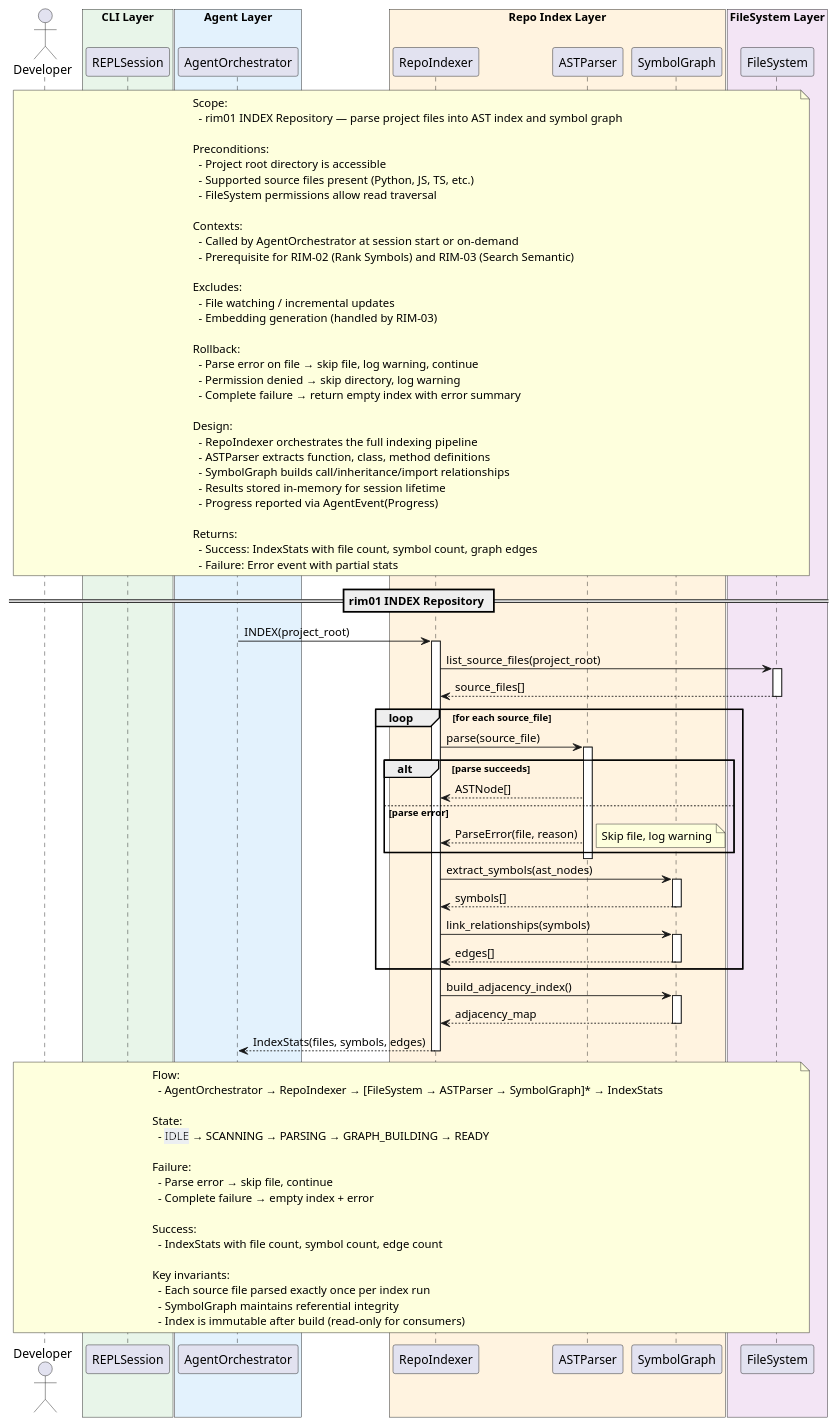
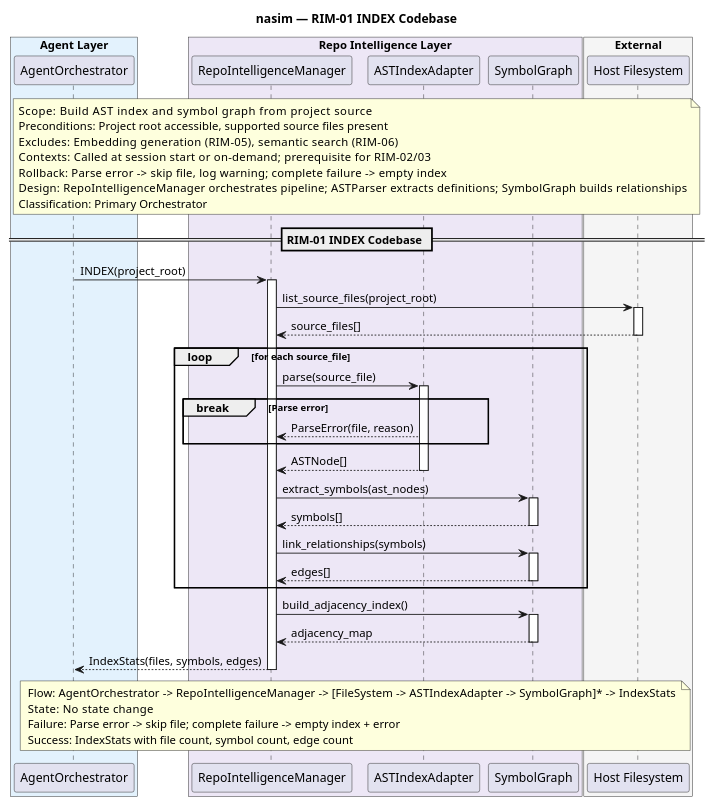
The diagram in docs/SQ/RIM/sq_rim01_index_codebase.puml (salimnamvar/nasim), drawn with PlantUML before and after one commit. The commit also changed 153 other files, not shown here.

```diff
--- a/docs/SQ/RIM/sq_rim01_index_codebase.puml
+++ b/docs/SQ/RIM/sq_rim01_index_codebase.puml
@@ -1,123 +1,83 @@
 @startuml sq_rim01_index_codebase
 ' ============================================================
-' Title:     RIM-01 — Index Codebase
-' Boundary:  nasim code agent CLI
+' Title:     RIM-01 — INDEX Codebase
+' Boundary:  nasim code agent
 ' Purpose:   Build AST index and symbol graph from project source
 ' Milestone: v1.0
-' Version:   1.0.0
-' Source:    docs/audit/audit.2026.06.20.deep.domain.audit.md
-' Review:    —
+' Version:   2.0.0
+' Source:    docs/UC/README.md
+' Review:    docs/SQ/README.md
 ' ============================================================
 
-actor "Developer" as user
+title nasim — RIM-01 INDEX Codebase
 
-box "CLI Layer" #E8F5E9
-  participant "REPLSession" as repl
-end box
 box "Agent Layer" #E3F2FD
   participant "AgentOrchestrator" as agent
 end box
-box "Repo Index Layer" #FFF3E0
-  participant "RepoIndexer" as indexer
-  participant "ASTParser" as ast
+box "Repo Intelligence Layer" #EDE7F6
+  participant "RepoIntelligenceManager" as rim
+  participant "ASTIndexAdapter" as ast
   participant "SymbolGraph" as graph
 end box
-box "FileSystem Layer" #F3E5F5
-  participant "FileSystem" as fs
+box "External" #F5F5F5
+  participant "Host Filesystem" as fs
 end box
 
-note over user, fs
-  Scope:
-    - rim01 INDEX Repository — parse project files into AST index and symbol graph
-
-  Preconditions:
-    - Project root directory is accessible
-    - Supported source files present (Python, JS, TS, etc.)
-    - FileSystem permissions allow read traversal
-
-  Contexts:
-    - Called by AgentOrchestrator at session start or on-demand
-    - Prerequisite for RIM-02 (Rank Symbols) and RIM-03 (Search Semantic)
-
-  Excludes:
-    - File watching / incremental updates
-    - Embedding generation (handled by RIM-03)
-
-  Rollback:
-    - Parse error on file → skip file, log warning, continue
-    - Permission denied → skip directory, log warning
-    - Complete failure → return empty index with error summary
-
-  Design:
-    - RepoIndexer orchestrates the full indexing pipeline
-    - ASTParser extracts function, class, method definitions
-    - SymbolGraph builds call/inheritance/import relationships
-    - Results stored in-memory for session lifetime
-    - Progress reported via AgentEvent(Progress)
-
-  Returns:
-    - Success: IndexStats with file count, symbol count, graph edges
-    - Failure: Error event with partial stats
+note over agent, fs
+  Scope:          Build AST index and symbol graph from project source
+  Preconditions:  Project root accessible, supported source files present
+  Excludes:       Embedding generation (RIM-05), semantic search (RIM-06)
+  Contexts:       Called at session start or on-demand; prerequisite for RIM-02/03
+  Rollback:       Parse error -> skip file, log warning; complete failure -> empty index
+  Design:         RepoIntelligenceManager orchestrates pipeline; ASTParser extracts definitions; SymbolGraph builds relationships
+  Classification: Primary Orchestrator
 end note
 
-== rim01 INDEX Repository ==
+== RIM-01 INDEX Codebase ==
 
-agent -> indexer : INDEX(project_root)
-activate indexer
+agent -> rim : INDEX(project_root)
+activate rim
 
-indexer -> fs : list_source_files(project_root)
+rim -> fs : list_source_files(project_root)
 activate fs
-fs --> indexer : source_files[]
+fs --> rim : source_files[]
 deactivate fs
 
 loop for each source_file
-    indexer -> ast : parse(source_file)
+    rim -> ast : parse(source_file)
     activate ast
-    alt parse succeeds
-        ast --> indexer : ASTNode[]
-    else parse error
-        ast --> indexer : ParseError(file, reason)
-        note right: Skip file, log warning
+
+    break Parse error
+        ast --> rim : ParseError(file, reason)
     end
+
+    ast --> rim : ASTNode[]
     deactivate ast
 
-    indexer -> graph : extract_symbols(ast_nodes)
+    rim -> graph : extract_symbols(ast_nodes)
     activate graph
-    graph --> indexer : symbols[]
+    graph --> rim : symbols[]
     deactivate graph
 
-    indexer -> graph : link_relationships(symbols)
+    rim -> graph : link_relationships(symbols)
     activate graph
-    graph --> indexer : edges[]
+    graph --> rim : edges[]
     deactivate graph
 end
 
-indexer -> graph : build_adjacency_index()
+rim -> graph : build_adjacency_index()
 activate graph
-graph --> indexer : adjacency_map
+graph --> rim : adjacency_map
 deactivate graph
 
-indexer --> agent : IndexStats(files, symbols, edges)
-deactivate indexer
+rim --> agent : IndexStats(files, symbols, edges)
+deactivate rim
 
-note over user, fs
-  Flow:
-    - AgentOrchestrator → RepoIndexer → [FileSystem → ASTParser → SymbolGraph]* → IndexStats
-
-  State:
-    - <back:#ECEFF1>IDLE</back> → SCANNING → PARSING → GRAPH_BUILDING → READY
-
-  Failure:
-    - Parse error → skip file, continue
-    - Complete failure → empty index + error
-
-  Success:
-    - IndexStats with file count, symbol count, edge count
-
-  Key invariants:
-    - Each source file parsed exactly once per index run
-    - SymbolGraph maintains referential integrity
-    - Index is immutable after build (read-only for consumers)
+note over agent, fs
+  Flow:    AgentOrchestrator -> RepoIntelligenceManager -> [FileSystem -> ASTIndexAdapter -> SymbolGraph]* -> IndexStats
+  State:   No state change
+  Failure: Parse error -> skip file; complete failure -> empty index + error
+  Success: IndexStats with file count, symbol count, edge count
 end note
 
 @enduml
```
